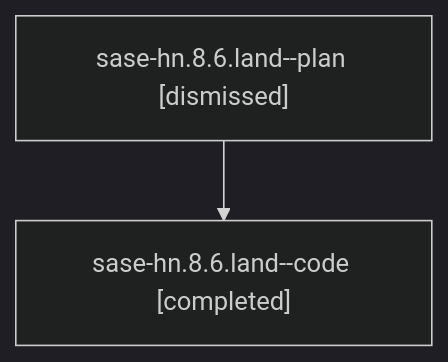
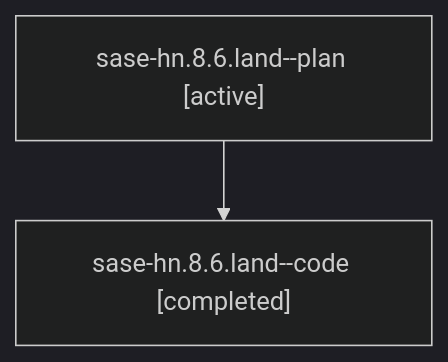
Before and after one commit to sase-org/sase--agents: the diagram in families/bbugyi200.athena.sase-hn.8.6.land.md, drawn with Mermaid (dark theme). The commit also changed other lines of this file and 35830 other files, not shown here.

````diff
--- a/families/bbugyi200.athena.sase-hn.8.6.land.md
+++ b/families/bbugyi200.athena.sase-hn.8.6.land.md
@@ -9,6 +9,6 @@
 ```mermaid
 flowchart TD
-  n0["sase-hn.8.6.land--plan [dismissed]"]
+  n0["sase-hn.8.6.land--plan [active]"]
   n1["sase-hn.8.6.land--code [completed]"]
   n0 --> n1
 ```
````
